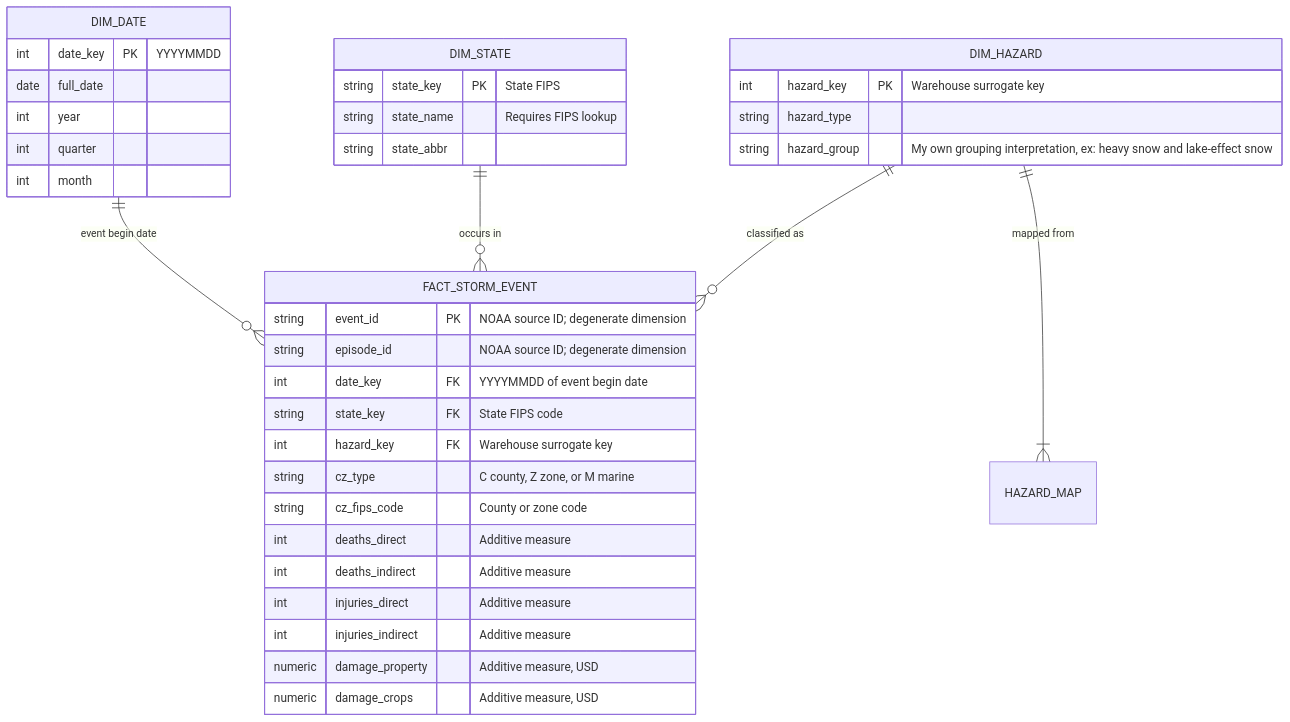
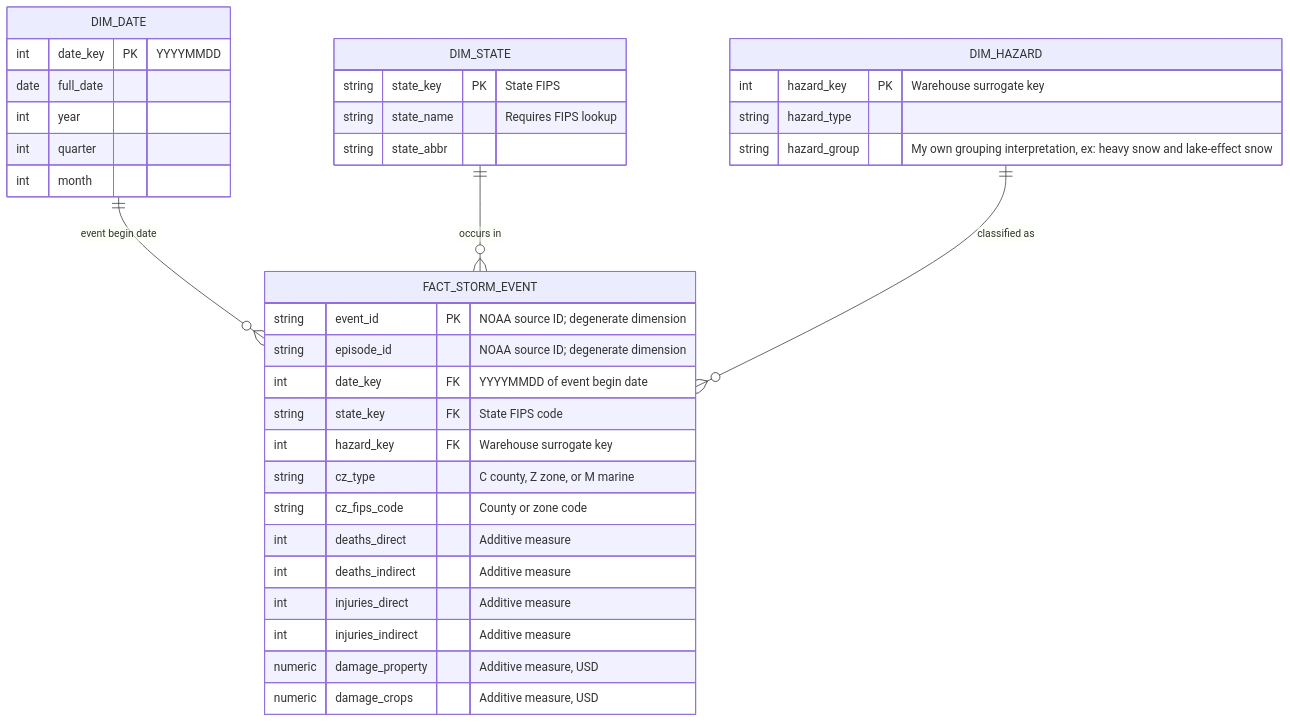
One commit to giro7292-st-thomas/SEIS-732-Data-Product-Project changed the diagram in docs/p1_plan.md. Above: the diagram before and after it, drawn with Mermaid.

Commit message:
Remove mapping from DIM_HAZARD to HAZARD_MAP
Removed the mapping relationship between DIM_HAZARD and HAZARD_MAP.

````diff
--- a/docs/p1_plan.md
+++ b/docs/p1_plan.md
@@ -65,43 +65,42 @@
 ```mermaid
 erDiagram
     DIM_DATE ||--o{ FACT_STORM_EVENT : "event begin date"
     DIM_STATE ||--o{ FACT_STORM_EVENT : "occurs in"
     DIM_HAZARD ||--o{ FACT_STORM_EVENT : "classified as"
-    DIM_HAZARD ||--|{ HAZARD_MAP : "mapped from"
 
     FACT_STORM_EVENT {
         string event_id PK "NOAA source ID; degenerate dimension"
         string episode_id "NOAA source ID; degenerate dimension"
         int date_key FK "YYYYMMDD of event begin date"
         string state_key FK "State FIPS code"
         int hazard_key FK "Warehouse surrogate key"
         string cz_type "C county, Z zone, or M marine"
         string cz_fips_code "County or zone code"
         int deaths_direct "Additive measure"
         int deaths_indirect "Additive measure"
         int injuries_direct "Additive measure"
         int injuries_indirect "Additive measure"
         numeric damage_property "Additive measure, USD"
         numeric damage_crops "Additive measure, USD"
     }
 
     DIM_DATE {
         int date_key PK "YYYYMMDD"
         date full_date
         int year
         int quarter
         int month
     }
 
     DIM_STATE {
         string state_key PK "State FIPS"
         string state_name "Requires FIPS lookup"
         string state_abbr
     }
 
     DIM_HAZARD {
         int hazard_key PK "Warehouse surrogate key"
         string hazard_type
         string hazard_group "My own grouping interpretation, ex: heavy snow and lake-effect snow"
     }
 ```
````
